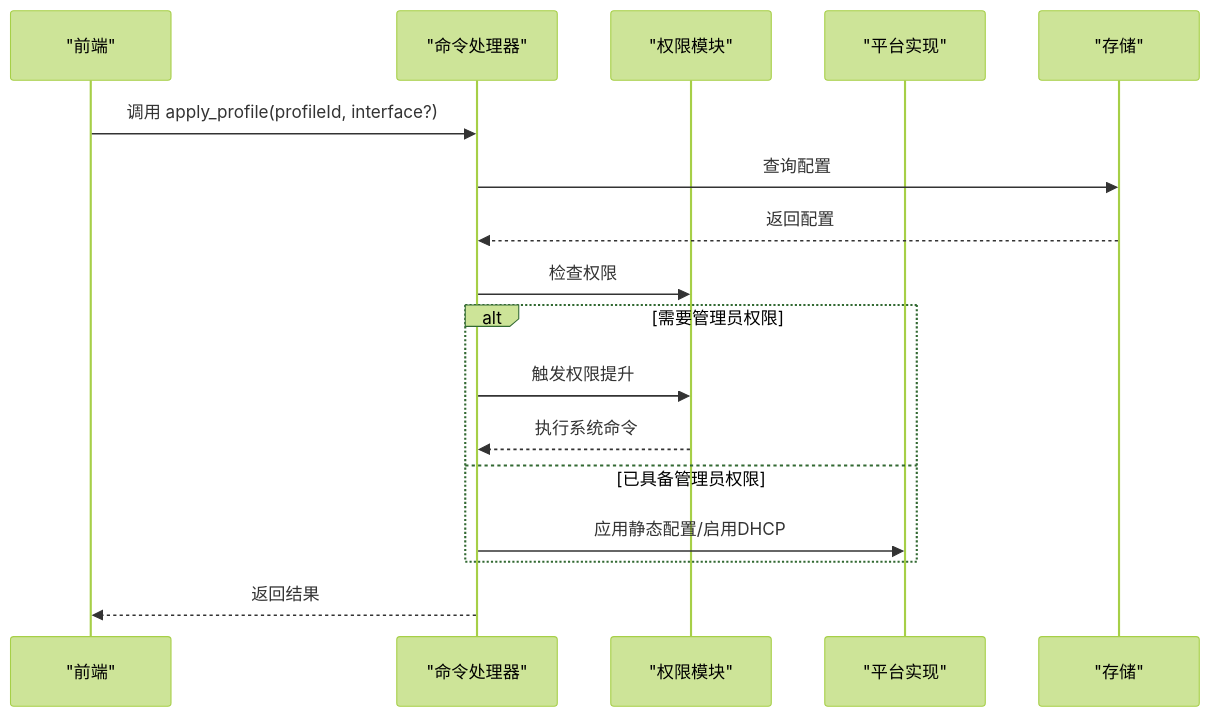
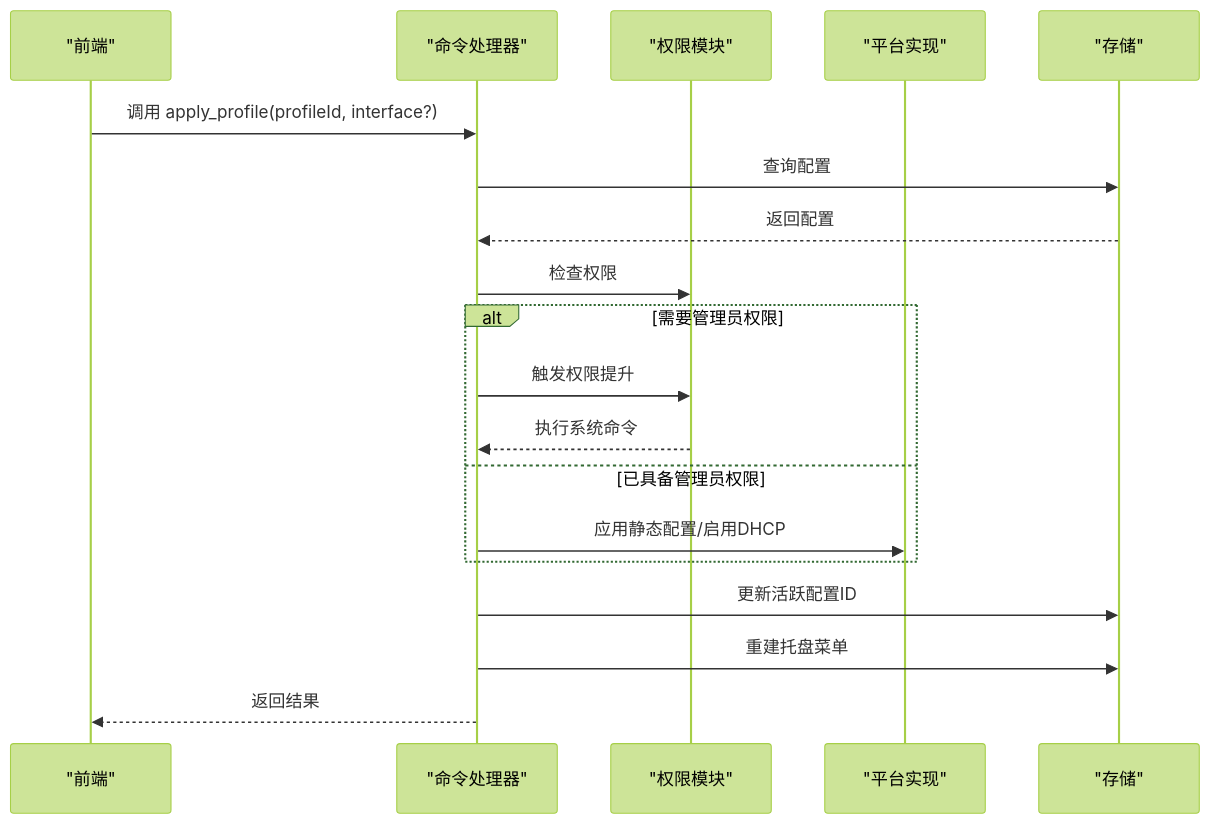
The seventh of 8 diagrams in .qoder/repowiki/zh/content/系统集成/系统集成.md (xdongliang/IPSwitcher), drawn with Mermaid (forest theme) before and after one commit. The commit also changed other lines of this file and 22 other files, not shown here.

````diff
--- a/.qoder/repowiki/zh/content/系统集成/系统集成.md
+++ b/.qoder/repowiki/zh/content/系统集成/系统集成.md
@@ -294,19 +327,21 @@
 ```mermaid
 sequenceDiagram
 participant FE as "前端"
 participant CMD as "命令处理器"
 participant ADM as "权限模块"
 participant PLAT as "平台实现"
 participant DB as "存储"
 FE->>CMD : 调用 apply_profile(profileId, interface?)
 CMD->>DB : 查询配置
 DB-->>CMD : 返回配置
 CMD->>ADM : 检查权限
 alt 需要管理员权限
 CMD->>ADM : 触发权限提升
 ADM-->>CMD : 执行系统命令
 else 已具备管理员权限
 CMD->>PLAT : 应用静态配置/启用DHCP
 end
+CMD->>DB : 更新活跃配置ID
+CMD->>DB : 重建托盘菜单
 CMD-->>FE : 返回结果
 ```
````
